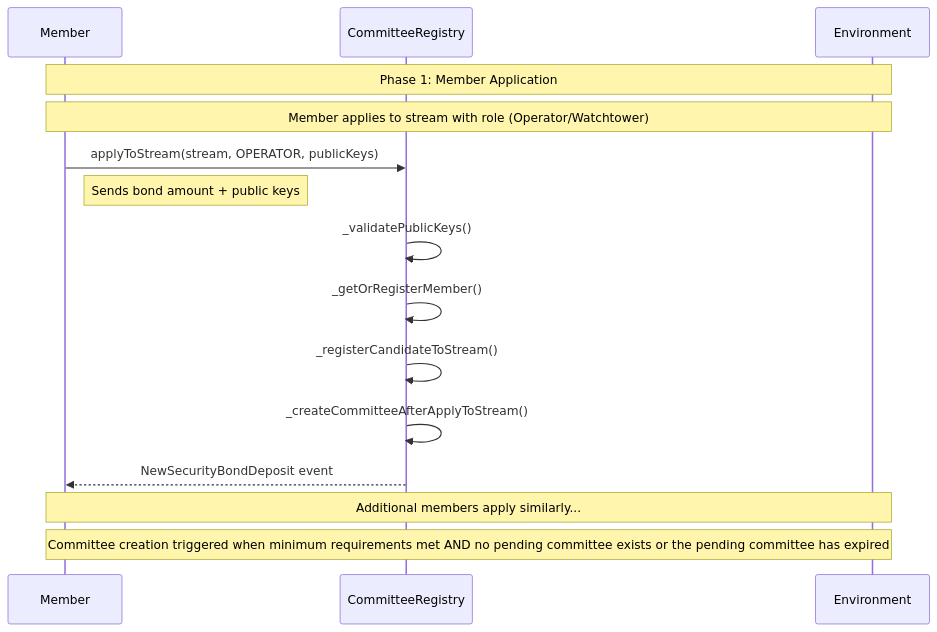
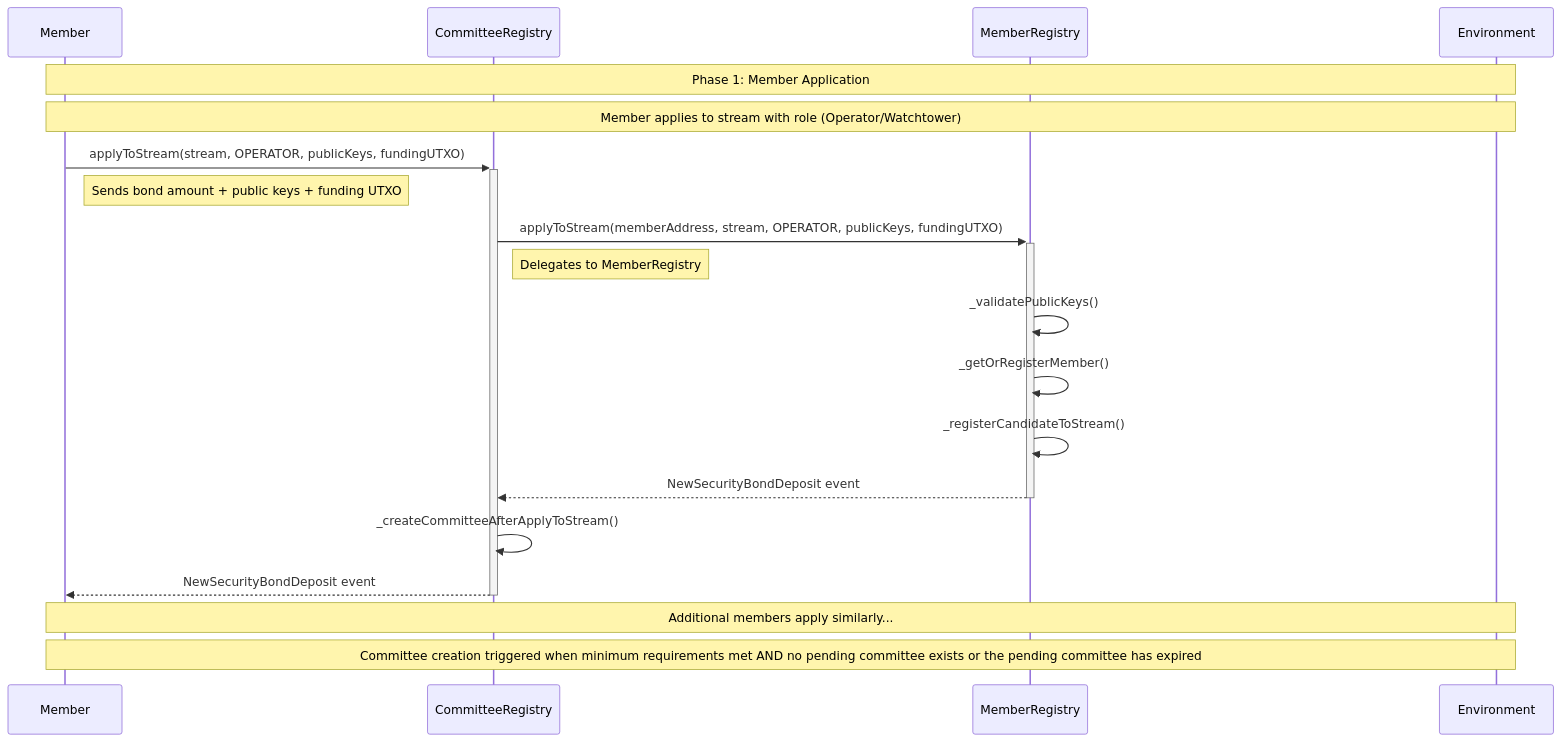
The first of 12 diagrams in docs/src/README.md (rsksmart/union-bridge-contracts), drawn with Mermaid before and after one commit. The commit also changed other lines of this file and 95 other files, not shown here.

````diff
--- a/docs/src/README.md
+++ b/docs/src/README.md
@@ -40,20 +307,24 @@
 ```mermaid
 sequenceDiagram
     participant M as Member
     participant CR as CommitteeRegistry
+    participant MR as MemberRegistry
     participant ENV as Environment
 
     Note over M,ENV: Phase 1: Member Application
     Note over M,ENV: Member applies to stream with role (Operator/Watchtower)
 
-    M->>CR: applyToStream(stream, OPERATOR, publicKeys)
-    Note right of M: Sends bond amount + public keys
-    CR->>CR: _validatePublicKeys()
-    CR->>CR: _getOrRegisterMember()
-    CR->>CR: _registerCandidateToStream()
+    M->>+CR: applyToStream(stream, OPERATOR, publicKeys, fundingUTXO)
+    Note right of M: Sends bond amount + public keys + funding UTXO
+    CR->>+MR: applyToStream(memberAddress, stream, OPERATOR, publicKeys, fundingUTXO)
+    Note right of CR: Delegates to MemberRegistry
+    MR->>MR: _validatePublicKeys()
+    MR->>MR: _getOrRegisterMember()
+    MR->>MR: _registerCandidateToStream()
+    MR-->>-CR: NewSecurityBondDeposit event
     CR->>CR: _createCommitteeAfterApplyToStream()
-    CR-->>M: NewSecurityBondDeposit event
+    CR-->>-M: NewSecurityBondDeposit event
 
     Note over M,ENV: Additional members apply similarly...
     Note over M,ENV: Committee creation triggered when minimum requirements met AND no pending committee exists or the pending committee has expired
 ```
````
